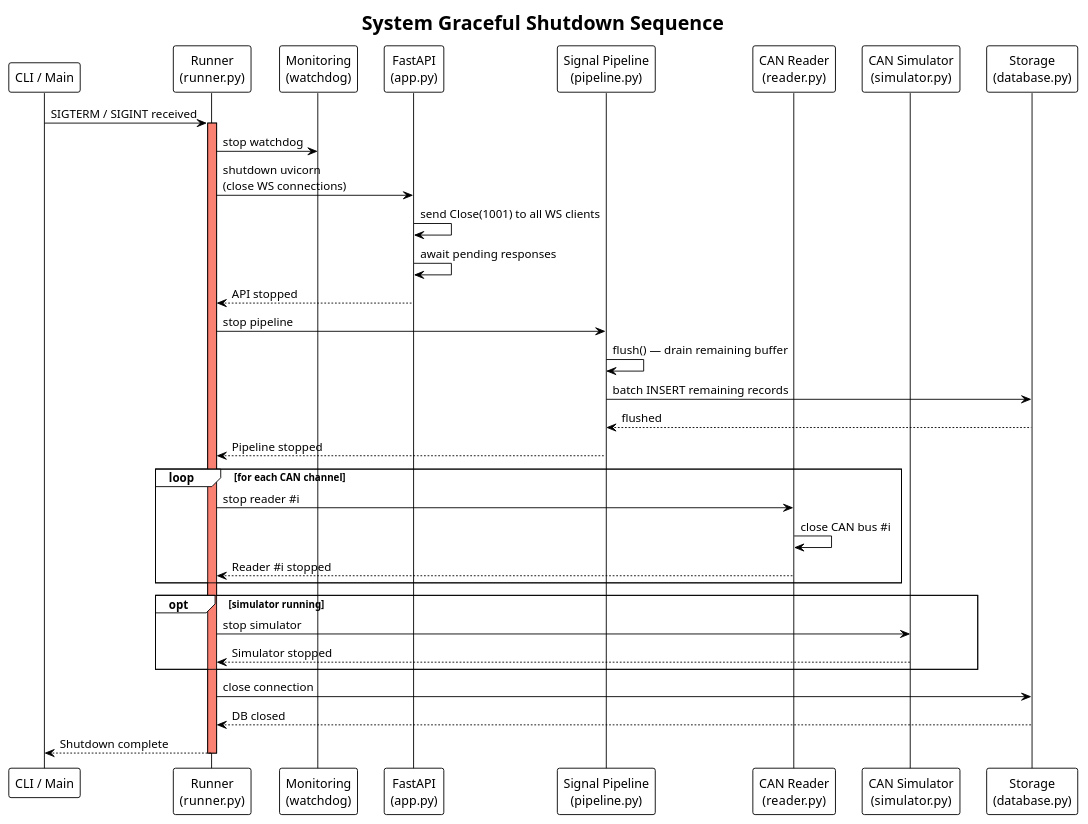
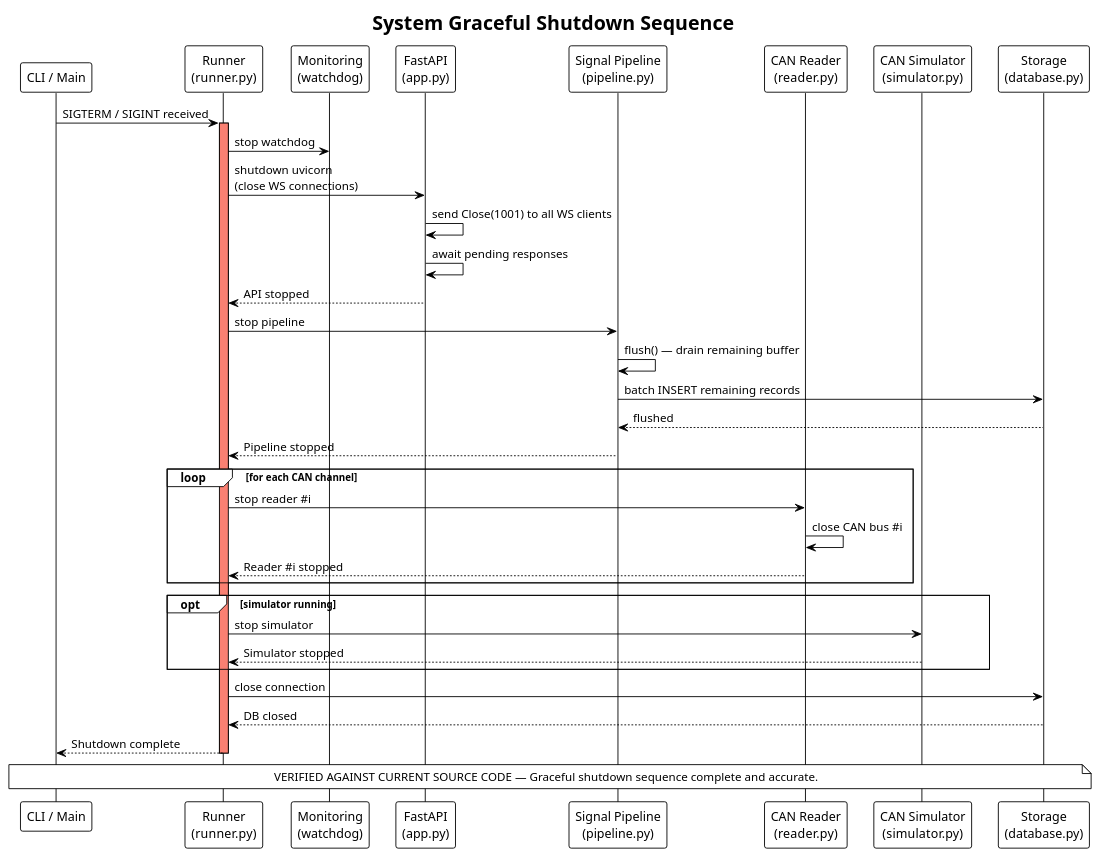
Before and after one commit to 3tdn/car-hmi: the diagram in diagram/SDD/SDD_sequence_boot_shutdown.puml, drawn with PlantUML. The commit also changed 9 other files, not shown here.

Commit message:
update SAD and SDD sequence diagrams (part 2)

```diff
--- a/diagram/SDD/SDD_sequence_boot_shutdown.puml
+++ b/diagram/SDD/SDD_sequence_boot_shutdown.puml
@@ -1,46 +1,50 @@
-@startuml Sequence - System Graceful Shutdown
+@startuml
 !theme plain
 title System Graceful Shutdown Sequence
 
 participant "CLI / Main" as cli
 participant "Runner\n(runner.py)" as runner
 participant "Monitoring\n(watchdog)" as mon
 participant "FastAPI\n(app.py)" as api
 participant "Signal Pipeline\n(pipeline.py)" as pipe
 participant "CAN Reader\n(reader.py)" as reader
 participant "CAN Simulator\n(simulator.py)" as sim
 participant "Storage\n(database.py)" as db
 
 cli -> runner : SIGTERM / SIGINT received
 activate runner #salmon
 
 runner -> mon : stop watchdog
 runner -> api : shutdown uvicorn\n(close WS connections)
 api -> api : send Close(1001) to all WS clients
 api -> api : await pending responses
 api --> runner : API stopped
 
 runner -> pipe : stop pipeline
 pipe -> pipe : flush() — drain remaining buffer
 pipe -> db : batch INSERT remaining records
 db --> pipe : flushed
 pipe --> runner : Pipeline stopped
 
 loop for each CAN channel
     runner -> reader : stop reader #i
     reader -> reader : close CAN bus #i
     reader --> runner : Reader #i stopped
 end
 
 opt simulator running
     runner -> sim : stop simulator
     sim --> runner : Simulator stopped
 end
 
 runner -> db : close connection
 db --> runner : DB closed
 
 runner --> cli : Shutdown complete
 deactivate runner
 
+note over cli, db
+  VERIFIED AGAINST CURRENT SOURCE CODE — Graceful shutdown sequence complete and accurate.
+end note
+
 @enduml
```
